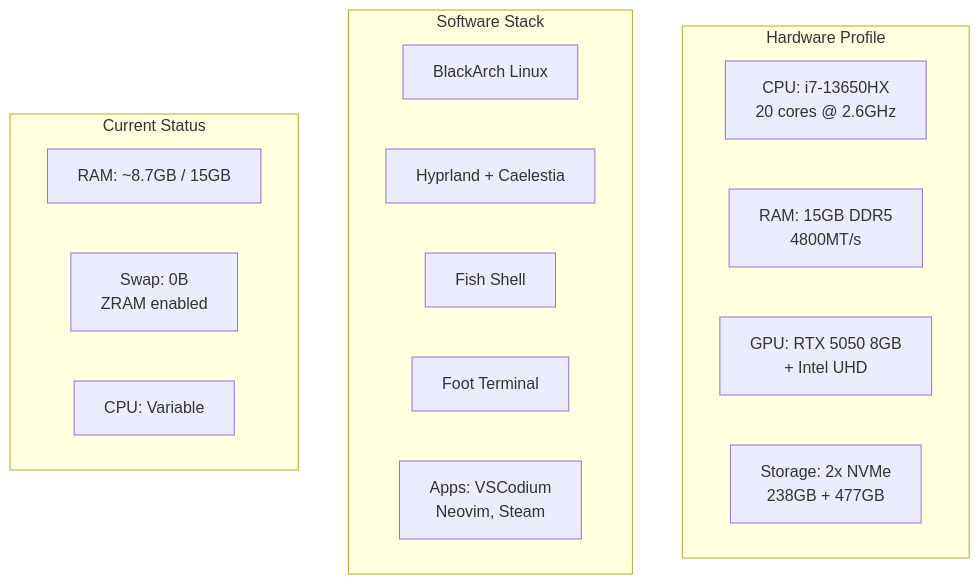
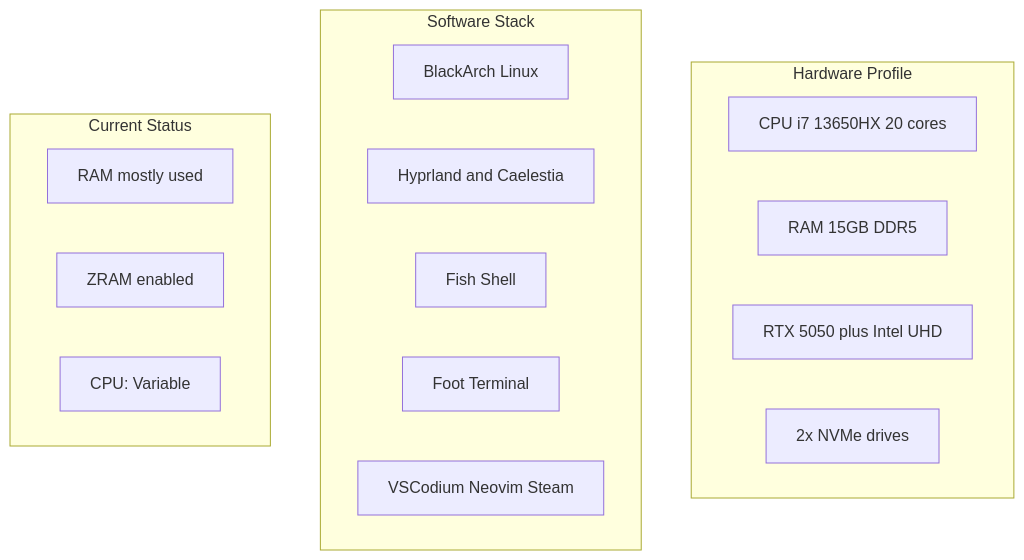
Before and after one commit to 444Nazky/My-Vault: the first of 13 diagrams in Map of Content.md, drawn with Mermaid. The commit also changed other lines of this file and 8 other files, not shown here.

````diff
--- a/Map of Content.md
+++ b/Map of Content.md
@@ -40,23 +40,23 @@
 ```mermaid
 graph TB
     subgraph Hardware["Hardware Profile"]
-        CPU[CPU: i7-13650HX<br/>20 cores @ 2.6GHz]
-        RAM[RAM: 15GB DDR5<br/>4800MT/s]
-        GPU[GPU: RTX 5050 8GB<br/>+ Intel UHD]
-        Storage[Storage: 2x NVMe<br/>238GB + 477GB]
+        CPU["CPU i7 13650HX 20 cores"]
+        RAM["RAM 15GB DDR5"]
+        GPU["RTX 5050 plus Intel UHD"]
+        Storage["2x NVMe drives"]
     end
     
     subgraph Software["Software Stack"]
         OS[BlackArch Linux]
-        DE[Hyprland + Caelestia]
+        DE["Hyprland and Caelestia"]
         Shell[Fish Shell]
         Terminal[Foot Terminal]
-        Apps[Apps: VSCodium<br/>Neovim, Steam]
+        Apps["VSCodium Neovim Steam"]
     end
     
     subgraph Status["Current Status"]
-        MemStatus[RAM: ~8.7GB / 15GB]
-        SwapStatus[Swap: 0B<br/>ZRAM enabled]
+        MemStatus["RAM mostly used"]
+        SwapStatus["ZRAM enabled"]
         CPUStatus[CPU: Variable]
     end
 ```
````
